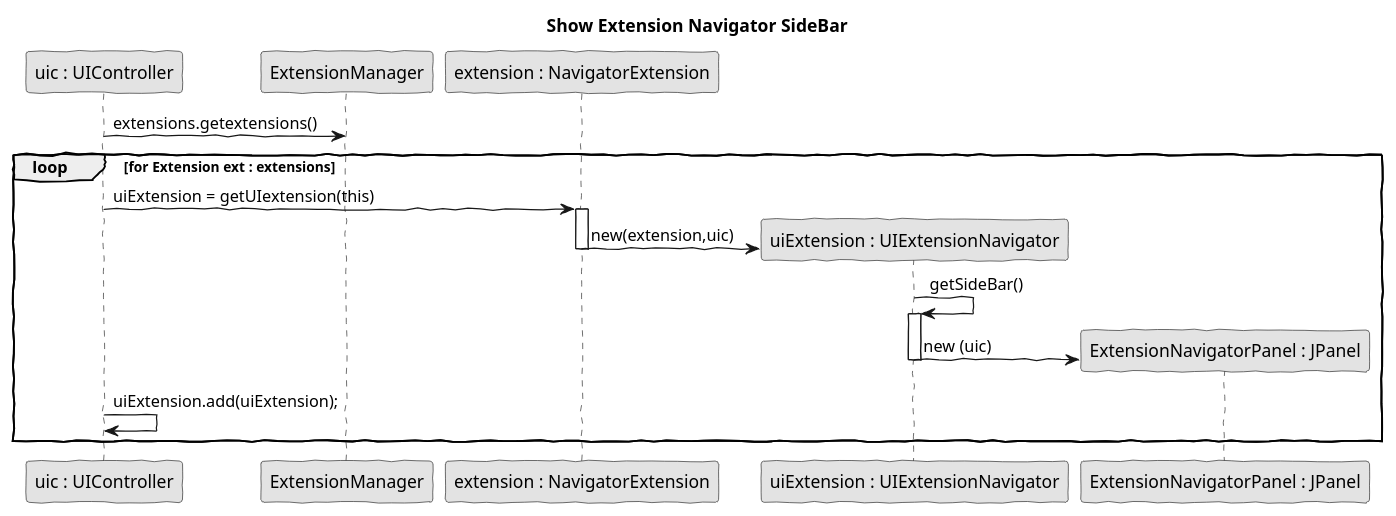
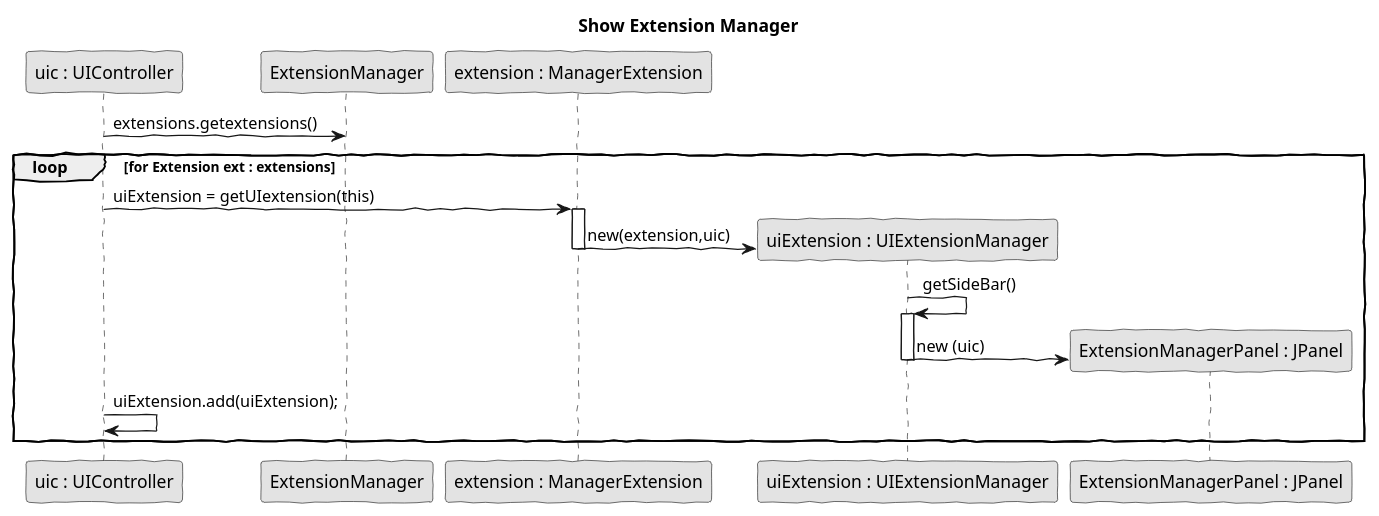
Before and after one commit to PeFerreira98/ISEP.Lic.LAPR4_2017: the diagram in src/main/java/lapr4/red/s1/core/n1131106/extensionsmanager/core01_01_showSideBar.puml, drawn with PlantUML. The commit also changed 12 other files, not shown here.

```diff
--- a/src/main/java/lapr4/red/s1/core/n1131106/extensionsmanager/core01_01_showSideBar.puml
+++ b/src/main/java/lapr4/red/s1/core/n1131106/extensionsmanager/core01_01_showSideBar.puml
@@ -1,29 +1,29 @@
 @startuml core01_01_showSideBar.png
 skinparam handwritten true
 skinparam monochrome true
 skinparam packageStyle rect
 skinparam defaultFontName FG Virgil
 skinparam shadowing false
 
-    title Show Extension Navigator SideBar
+    title Show Extension Manager
     participant "uic : UIController" as UIC
     participant ExtensionManager as ExtM
-    participant "extension : NavigatorExtension" as EW
-    participant "uiExtension : UIExtensionNavigator" as UIExt
-    participant "ExtensionNavigatorPanel : JPanel" as cp
+    participant "extension : ManagerExtension" as EW
+    participant "uiExtension : UIExtensionManager" as UIExt
+    participant "ExtensionManagerPanel : JPanel" as cp
 
     UIC->ExtM:extensions.getextensions()
     loop for Extension ext : extensions
     UIC->EW : uiExtension = getUIextension(this)
     activate EW
     create UIExt
     EW->UIExt:new(extension,uic)
     deactivate EW
     UIExt->UIExt:getSideBar()
     activate UIExt
     create cp
     UIExt -> cp :  new (uic)
     deactivate UIExt 
     UIC->UIC : uiExtension.add(uiExtension);
     end
 @enduml
```
